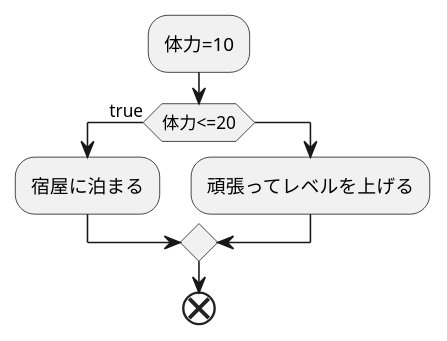
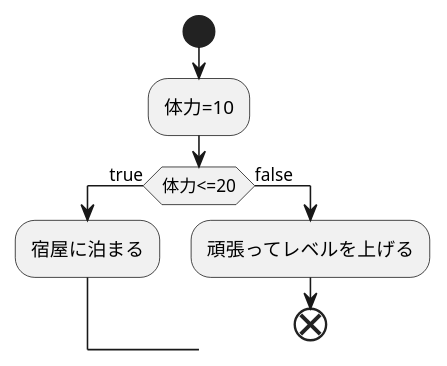
One commit to Aso2001137/2021sys-design changed the diagram in test.md. Above: the diagram before and after it, drawn with PlantUML.

````diff
--- a/test.md
+++ b/test.md
@@ -1,11 +1,15 @@
 ```uml
 @startuml
+start
+
 :体力=10;
-if(体力<=20)then(true)
+
+if(体力<=20) then (true)
 :宿屋に泊まる;
-else
+
+else(false)
 :頑張ってレベルを上げる;
-endif
+
 end
 @enduml
 ```
````
